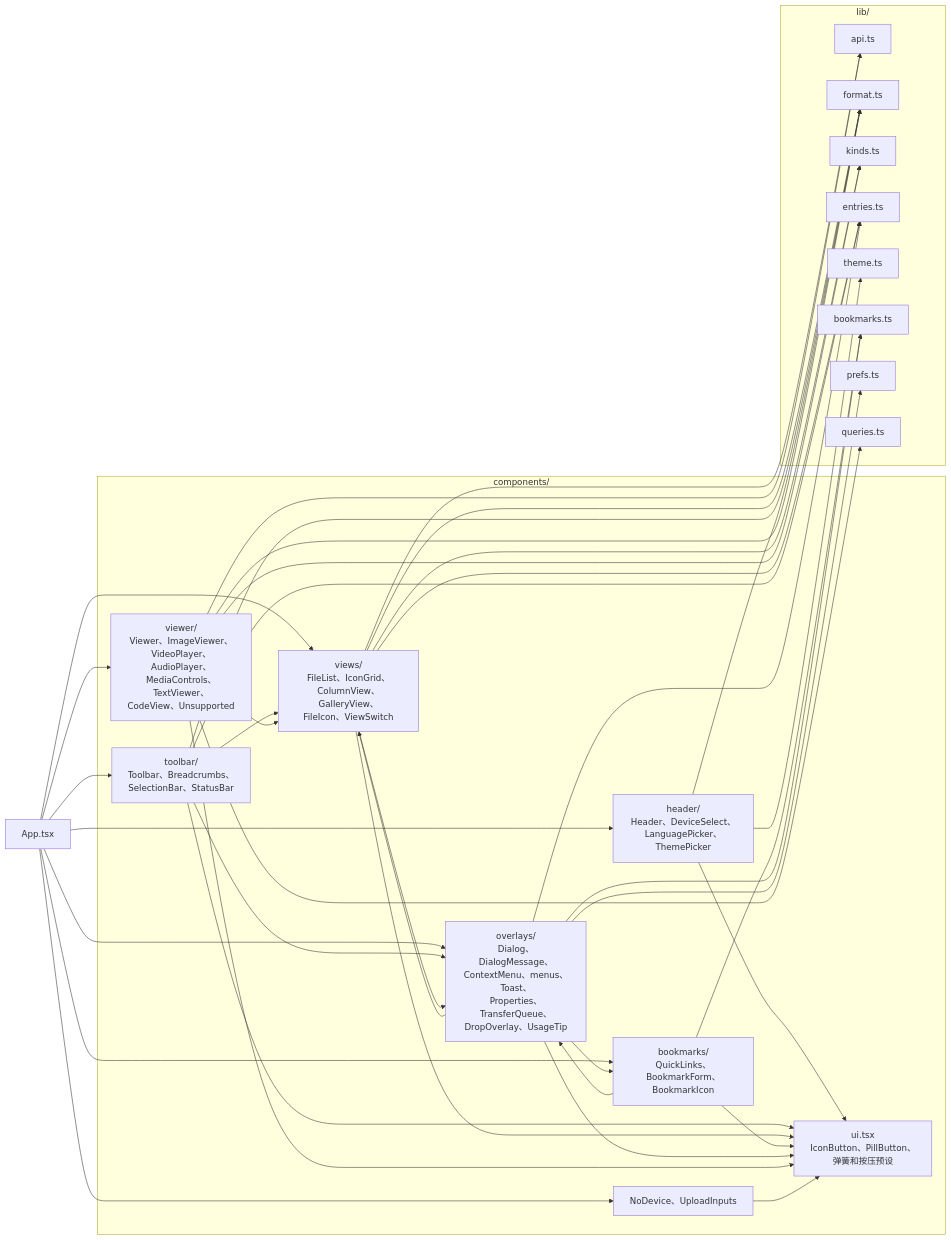
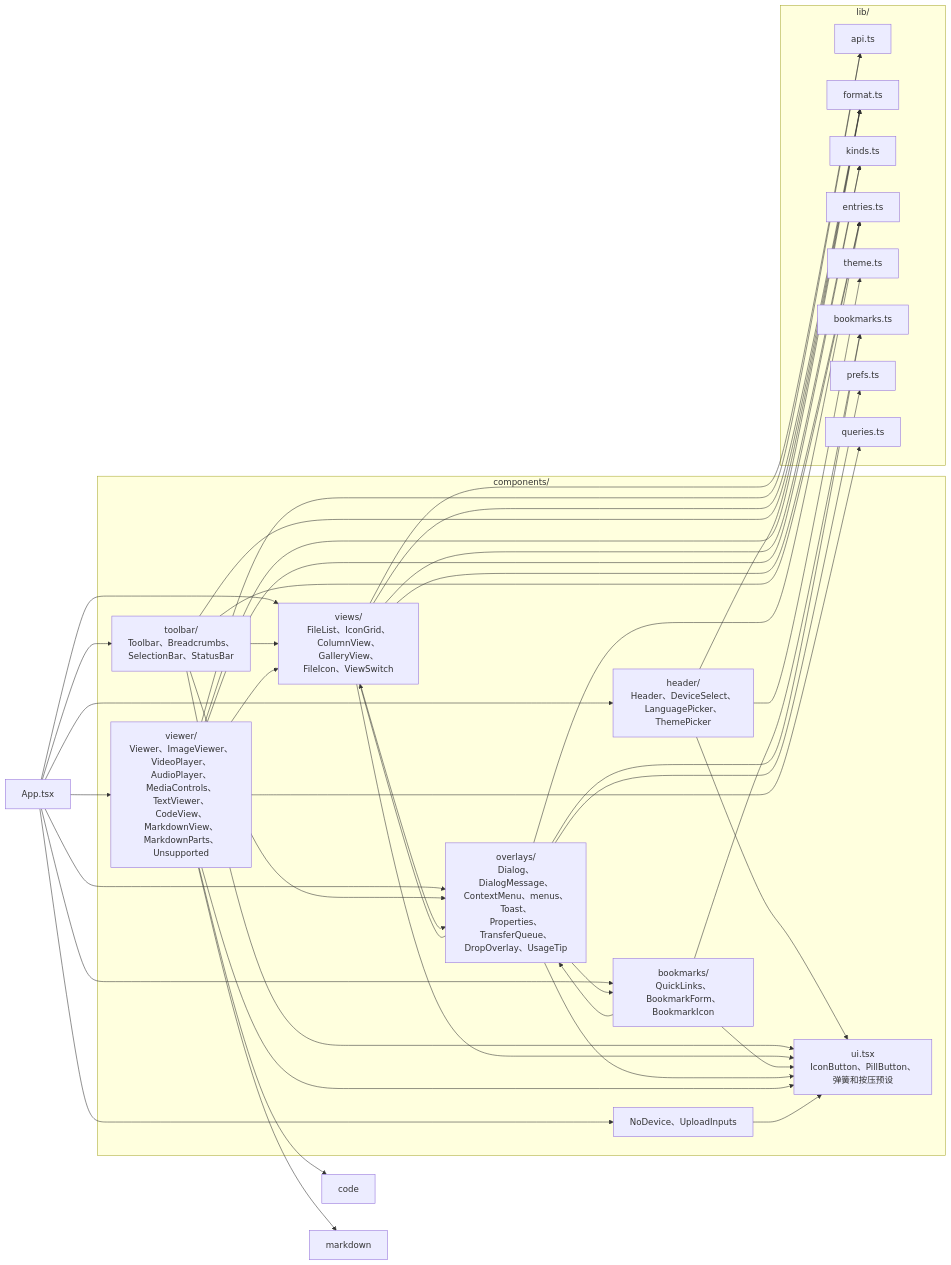
One commit to wynnyu/adb-file-manager changed the seventh of 10 diagrams in docs/architecture.md. Above: the diagram before and after it, drawn with Mermaid. The commit also changed other lines of this file and 3 other files, not shown here.

````diff
--- a/docs/architecture.md
+++ b/docs/architecture.md
@@ -265,41 +267,42 @@
 ```mermaid
 flowchart LR
   App["App.tsx"]
   subgraph comps["components/"]
     header["header/<br/>Header、DeviceSelect、<br/>LanguagePicker、ThemePicker"]
     toolbar["toolbar/<br/>Toolbar、Breadcrumbs、<br/>SelectionBar、StatusBar"]
     views["views/<br/>FileList、IconGrid、<br/>ColumnView、GalleryView、<br/>FileIcon、ViewSwitch"]
     bm["bookmarks/<br/>QuickLinks、BookmarkForm、<br/>BookmarkIcon"]
     overlays["overlays/<br/>Dialog、DialogMessage、<br/>ContextMenu、menus、Toast、<br/>Properties、TransferQueue、<br/>DropOverlay、UsageTip"]
-    viewer["viewer/<br/>Viewer、ImageViewer、<br/>VideoPlayer、AudioPlayer、<br/>MediaControls、TextViewer、<br/>CodeView、Unsupported"]
+    viewer["viewer/<br/>Viewer、ImageViewer、<br/>VideoPlayer、AudioPlayer、<br/>MediaControls、TextViewer、<br/>CodeView、MarkdownView、<br/>MarkdownParts、Unsupported"]
     misc["NoDevice、UploadInputs"]
     ui["ui.tsx<br/>IconButton、PillButton、<br/>弹簧和按压预设"]
   end
   subgraph lib["lib/"]
     api["api.ts"]
     format["format.ts"]
     kinds["kinds.ts"]
     entries["entries.ts"]
     theme["theme.ts"]
     bookmarksLib["bookmarks.ts"]
     prefs["prefs.ts"]
     queries["queries.ts"]
   end
 
   App --> header & toolbar & views & bm & overlays & viewer & misc
   header & toolbar & views & bm & overlays & viewer & misc --> ui
   toolbar --> views
   toolbar --> overlays
   views --> overlays
   overlays --> bm
   overlays --> views
   bm --> overlays
   views --> api
   views --> format & kinds & entries
   toolbar --> format & entries
   header --> format & theme
   bm --> bookmarksLib
   overlays --> bookmarksLib & entries & prefs
   viewer --> views
-  viewer --> api & queries & format & kinds
+  viewer --> api & queries & format & kinds & code
+  viewer --> markdown
 ```
````
